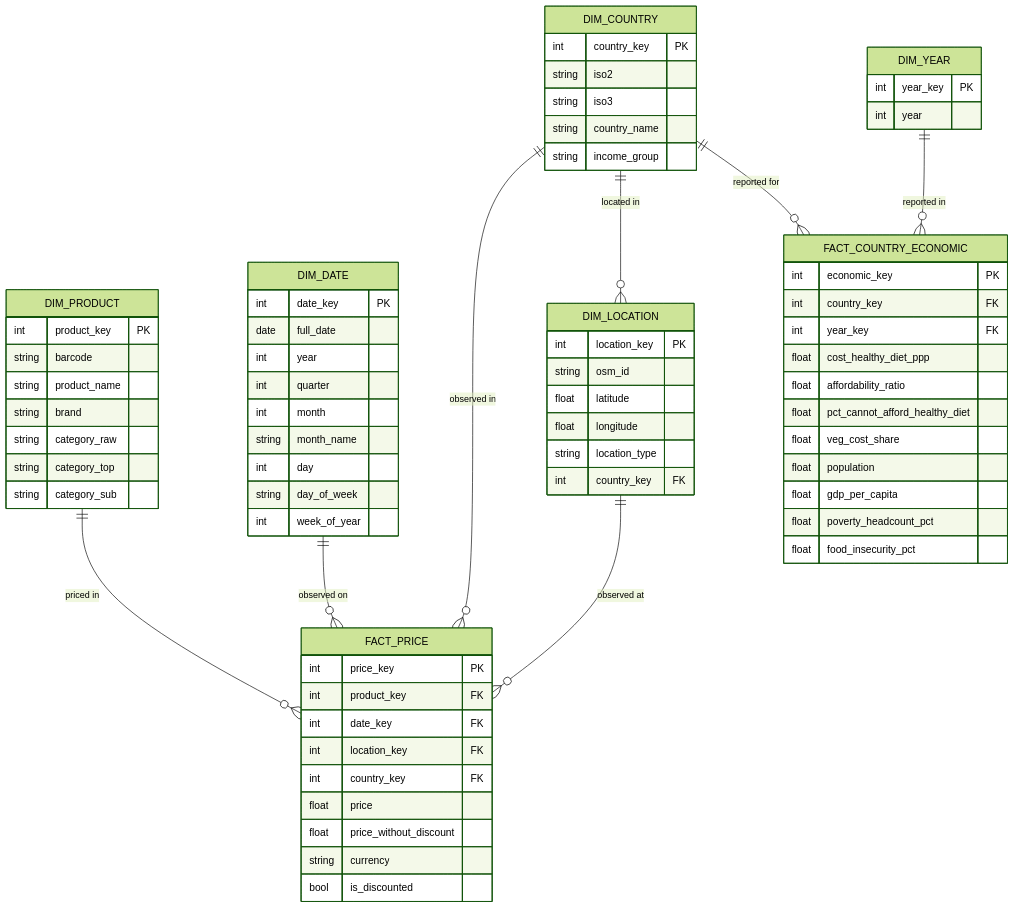
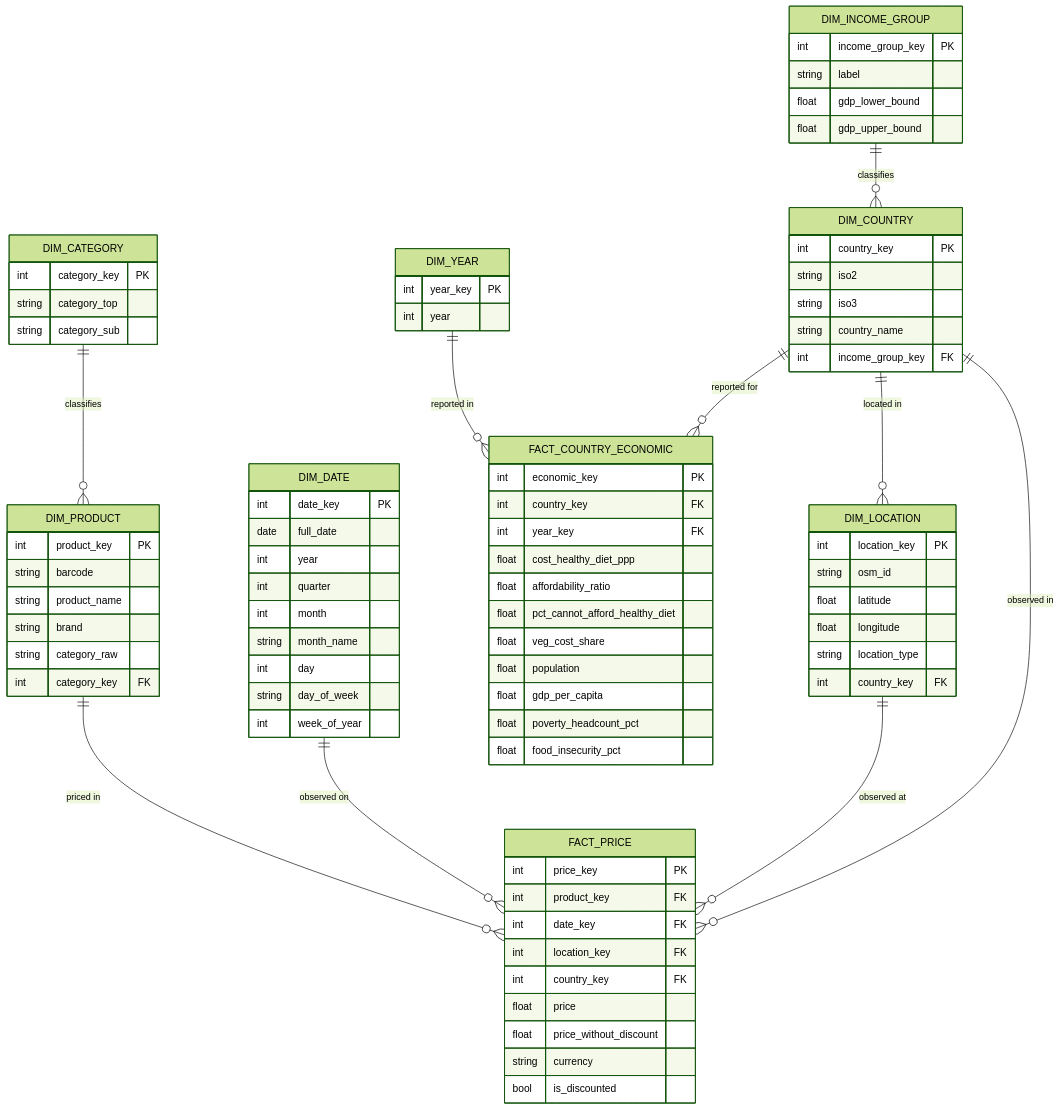
The diagram in docs/star_schema.mmd (skp-28/businfo702-food-nutrition-integration), drawn with Mermaid (forest theme) before and after one commit. The commit also changed 13 other files, not shown here.

```diff
--- a/docs/star_schema.mmd
+++ b/docs/star_schema.mmd
@@ -1,78 +1,92 @@
 erDiagram
+    DIM_CATEGORY {
+        int category_key PK
+        string category_top
+        string category_sub
+    }
+
     DIM_PRODUCT {
         int product_key PK
         string barcode
         string product_name
         string brand
         string category_raw
-        string category_top
-        string category_sub
+        int category_key FK
     }
 
     DIM_DATE {
         int date_key PK
         date full_date
         int year
         int quarter
         int month
         string month_name
         int day
         string day_of_week
         int week_of_year
     }
 
     DIM_YEAR {
         int year_key PK
         int year
     }
 
+    DIM_INCOME_GROUP {
+        int income_group_key PK
+        string label
+        float gdp_lower_bound
+        float gdp_upper_bound
+    }
+
     DIM_COUNTRY {
         int country_key PK
         string iso2
         string iso3
         string country_name
-        string income_group
+        int income_group_key FK
     }
 
     DIM_LOCATION {
         int location_key PK
         string osm_id
         float latitude
         float longitude
         string location_type
         int country_key FK
     }
 
     FACT_PRICE {
         int price_key PK
         int product_key FK
         int date_key FK
         int location_key FK
         int country_key FK
         float price
         float price_without_discount
         string currency
         bool is_discounted
     }
 
     FACT_COUNTRY_ECONOMIC {
         int economic_key PK
         int country_key FK
         int year_key FK
         float cost_healthy_diet_ppp
         float affordability_ratio
         float pct_cannot_afford_healthy_diet
         float veg_cost_share
         float population
         float gdp_per_capita
         float poverty_headcount_pct
         float food_insecurity_pct
     }
 
+    DIM_CATEGORY ||--o{ DIM_PRODUCT : "classifies"
     DIM_PRODUCT ||--o{ FACT_PRICE : "priced in"
     DIM_DATE ||--o{ FACT_PRICE : "observed on"
     DIM_LOCATION ||--o{ FACT_PRICE : "observed at"
     DIM_COUNTRY ||--o{ FACT_PRICE : "observed in"
     DIM_COUNTRY ||--o{ DIM_LOCATION : "located in"
     DIM_COUNTRY ||--o{ FACT_COUNTRY_ECONOMIC : "reported for"
     DIM_YEAR ||--o{ FACT_COUNTRY_ECONOMIC : "reported in"
+    DIM_INCOME_GROUP ||--o{ DIM_COUNTRY : "classifies"
```
